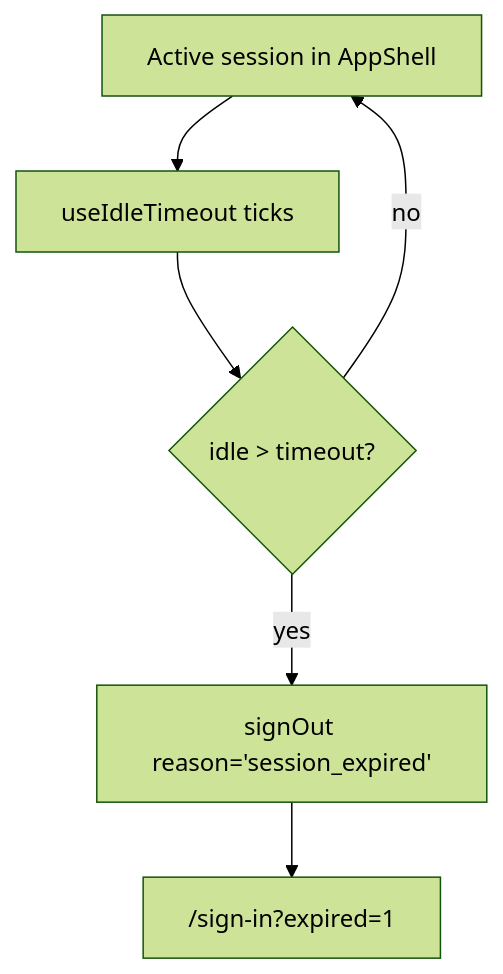
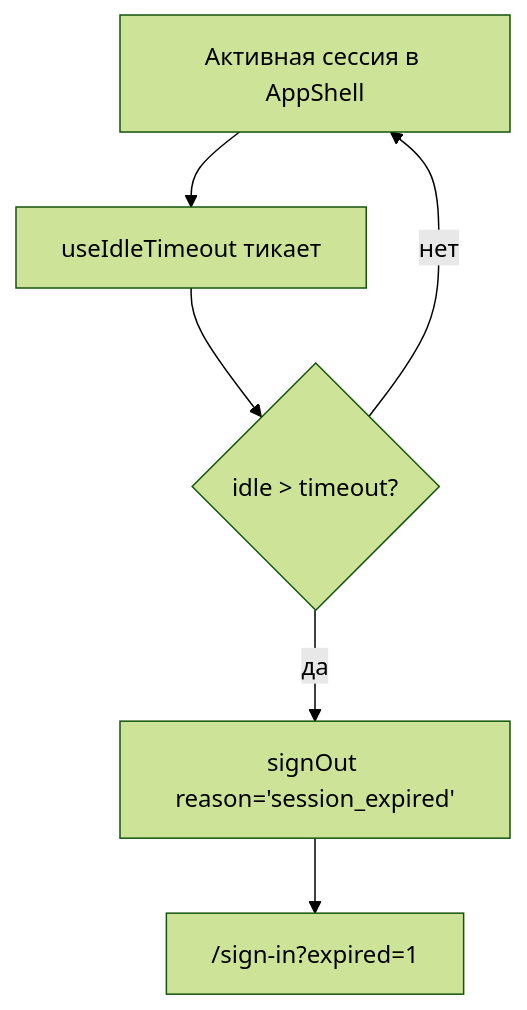
One commit to SardorAllaberganov/unipay-dashboard changed the second of 19 diagrams in docs/USER_FLOWS_BY_ROLE.md. Above: the diagram before and after it, drawn with Mermaid (forest theme). The commit also changed other lines of this file and 1 other file, not shown here.

First line of the commit message:
docs: translate IA + role-flow docs to Russian

````diff
--- a/docs/USER_FLOWS_BY_ROLE.md
+++ b/docs/USER_FLOWS_BY_ROLE.md
@@ -130,8 +130,8 @@
 ```mermaid
 flowchart TD
-  A[Active session in AppShell] --> B[useIdleTimeout ticks]
+  A[Активная сессия в AppShell] --> B[useIdleTimeout тикает]
   B --> C{"idle > timeout?"}
-  C -->|no| A
-  C -->|yes| D["signOut reason='session_expired'"]
+  C -->|нет| A
+  C -->|да| D["signOut reason='session_expired'"]
   D --> E["/sign-in?expired=1"]
 ```
````
